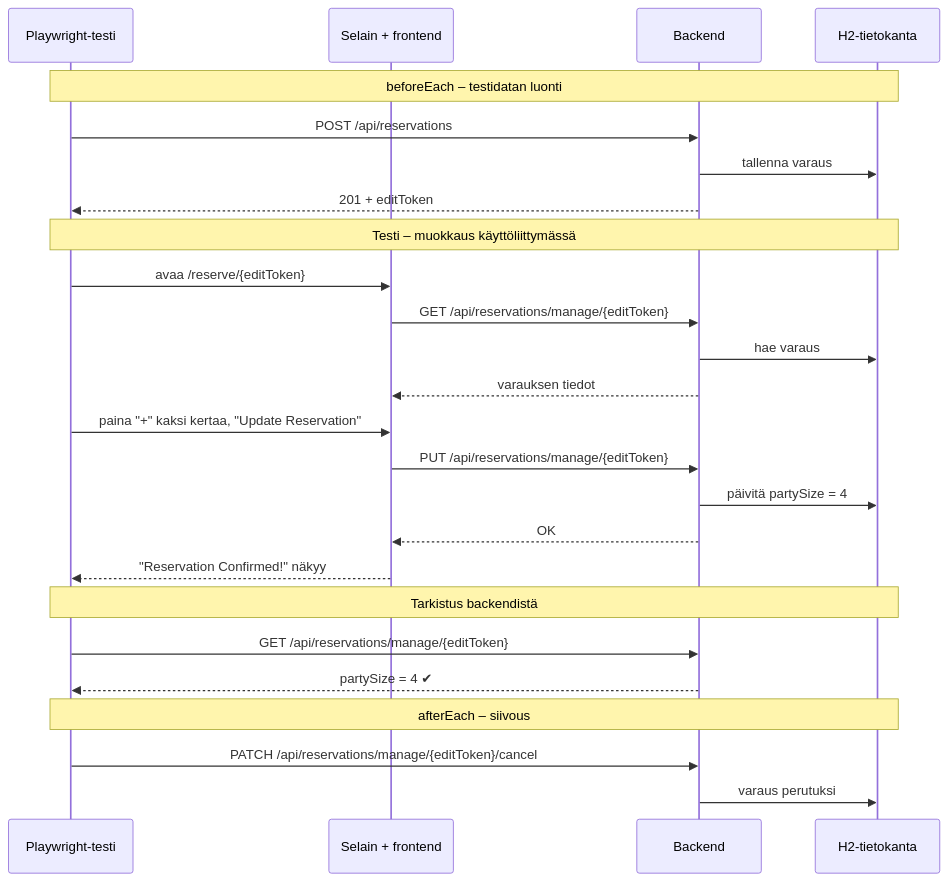
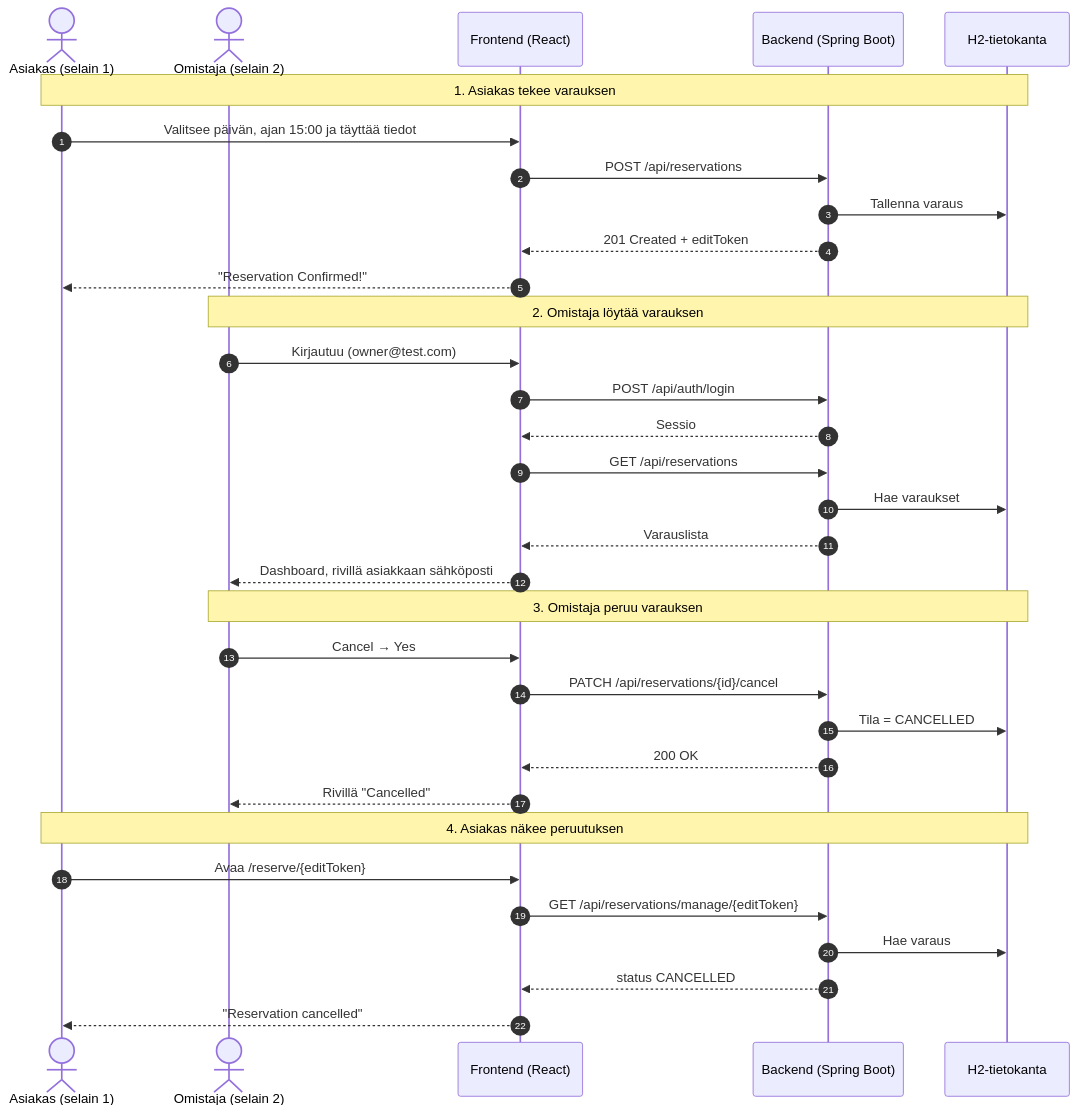
Before and after one commit to bhu629/PlaywrightHarjoitustyoBhu629: the diagram in README.md, drawn with Mermaid. The commit also changed other lines of this file, not shown here.

First line of the commit message:
Revise README for reservation lifecycle testing

````diff
--- a/README.md
+++ b/README.md
@@ -106,31 +39,39 @@
 ```mermaid
 sequenceDiagram
-    participant T as Playwright-testi
-    participant S as Selain + frontend
-    participant B as Backend
-    participant D as H2-tietokanta
+    autonumber
+    actor C as Asiakas (selain 1)
+    actor O as Omistaja (selain 2)
+    participant FE as Frontend (React)
+    participant BE as Backend (Spring Boot)
+    participant DB as H2-tietokanta
 
-    Note over T,D: beforeEach – testidatan luonti
-    T->>B: POST /api/reservations
-    B->>D: tallenna varaus
-    B-->>T: 201 + editToken
+    Note over C,DB: 1. Asiakas tekee varauksen
+    C->>FE: Valitsee päivän, ajan 15:00 ja täyttää tiedot
+    FE->>BE: POST /api/reservations
+    BE->>DB: Tallenna varaus
+    BE-->>FE: 201 Created + editToken
+    FE-->>C: "Reservation Confirmed!"
 
-    Note over T,D: Testi – muokkaus käyttöliittymässä
-    T->>S: avaa /reserve/{editToken}
-    S->>B: GET /api/reservations/manage/{editToken}
-    B->>D: hae varaus
-    B-->>S: varauksen tiedot
-    T->>S: paina "+" kaksi kertaa, "Update Reservation"
-    S->>B: PUT /api/reservations/manage/{editToken}
-    B->>D: päivitä partySize = 4
-    B-->>S: OK
-    S-->>T: "Reservation Confirmed!" näkyy
+    Note over O,DB: 2. Omistaja löytää varauksen
+    O->>FE: Kirjautuu (owner@test.com)
+    FE->>BE: POST /api/auth/login
+    BE-->>FE: Sessio
+    FE->>BE: GET /api/reservations
+    BE->>DB: Hae varaukset
+    BE-->>FE: Varauslista
+    FE-->>O: Dashboard, rivillä asiakkaan sähköposti
 
-    Note over T,D: Tarkistus backendistä
-    T->>B: GET /api/reservations/manage/{editToken}
-    B-->>T: partySize = 4 ✔
+    Note over O,DB: 3. Omistaja peruu varauksen
+    O->>FE: Cancel → Yes
+    FE->>BE: PATCH /api/reservations/{id}/cancel
+    BE->>DB: Tila = CANCELLED
+    BE-->>FE: 200 OK
+    FE-->>O: Rivillä "Cancelled"
 
-    Note over T,D: afterEach – siivous
-    T->>B: PATCH /api/reservations/manage/{editToken}/cancel
-    B->>D: varaus perutuksi
+    Note over C,DB: 4. Asiakas näkee peruutuksen
+    C->>FE: Avaa /reserve/{editToken}
+    FE->>BE: GET /api/reservations/manage/{editToken}
+    BE->>DB: Hae varaus
+    BE-->>FE: status CANCELLED
+    FE-->>C: "Reservation cancelled"
 ```
````
